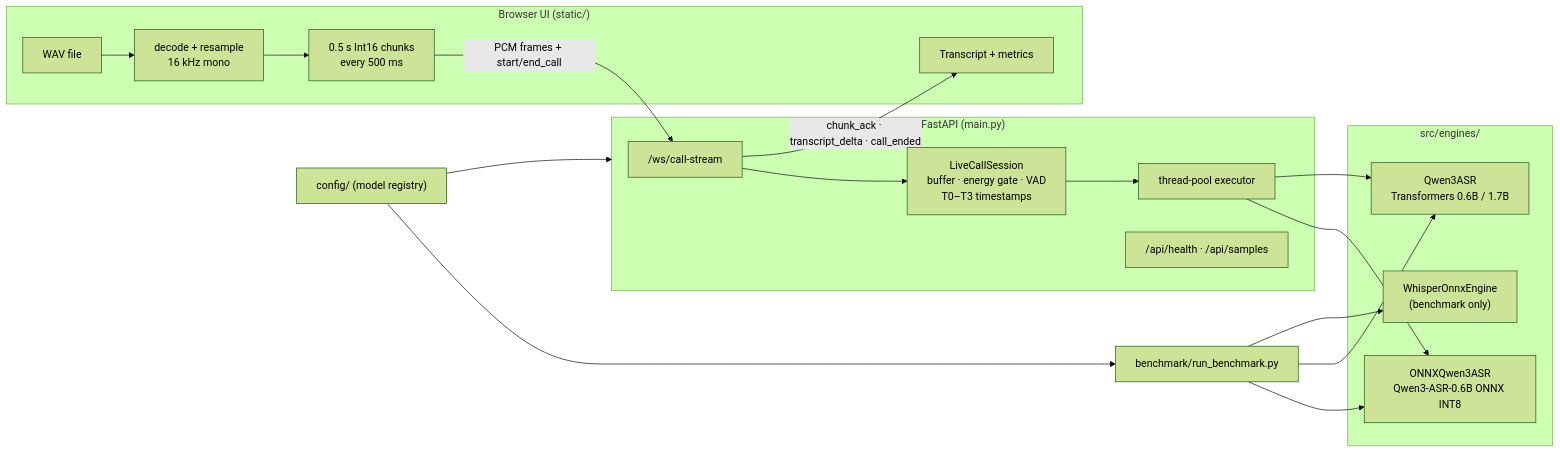
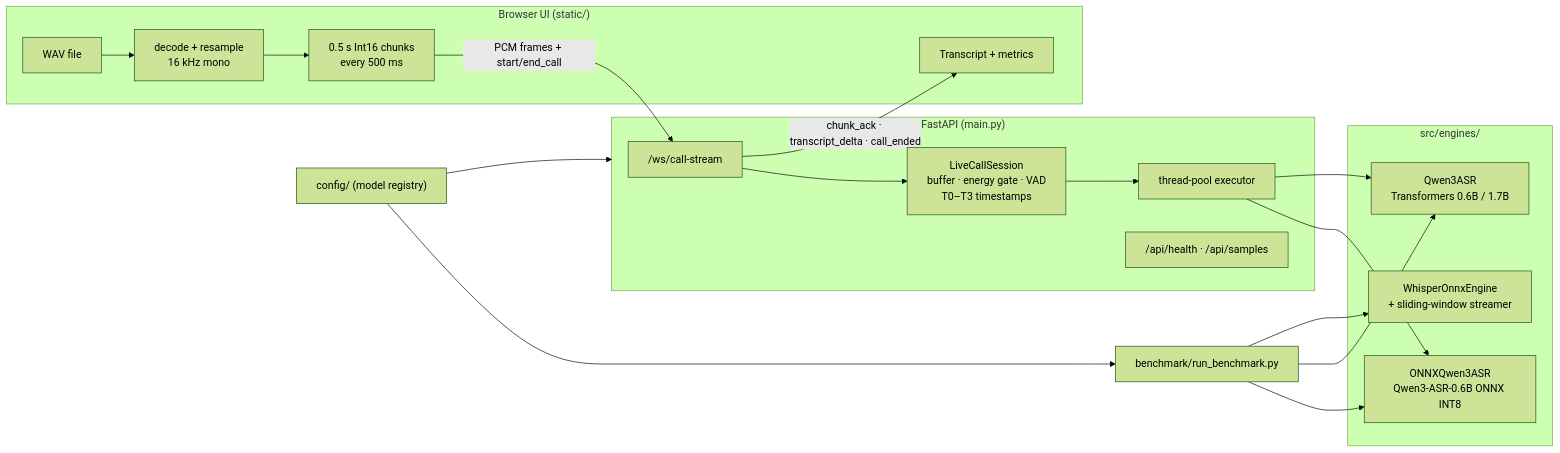
The first of 2 diagrams in README.md (naseemap47/RT-MASR-CPU), drawn with Mermaid (forest theme) before and after one commit. The commit also changed other lines of this file and 15 other files, not shown here.

Commit message:
feat: integrated whiper streaming with sliding window to UI

````diff
--- a/README.md
+++ b/README.md
@@ -21,35 +21,35 @@
 ```mermaid
 flowchart LR
     subgraph Browser["Browser UI (static/)"]
         A["WAV file"] --> B["decode + resample<br/>16 kHz mono"]
         B --> C["0.5 s Int16 chunks<br/>every 500 ms"]
         T["Transcript + metrics"]
     end
 
     subgraph Server["FastAPI (main.py)"]
         W["/ws/call-stream"]
         S["LiveCallSession<br/>buffer · energy gate · VAD<br/>T0–T3 timestamps"]
         X["thread-pool executor"]
         H["/api/health · /api/samples"]
     end
 
     subgraph Engines["src/engines/"]
         E1["ONNXQwen3ASR<br/>Qwen3-ASR-0.6B ONNX INT8"]
         E2["Qwen3ASR<br/>Transformers 0.6B / 1.7B"]
-        E3["WhisperOnnxEngine<br/>(benchmark only)"]
+        E3["WhisperOnnxEngine<br/>+ sliding-window streamer"]
     end
 
     BM["benchmark/run_benchmark.py"]
     CFG["config/ (model registry)"]
 
     C -- "PCM frames + start/end_call" --> W
     W --> S --> X
     X --> E1
     X --> E2
     W -- "chunk_ack · transcript_delta · call_ended" --> T
     CFG --> Server
     CFG --> BM
     BM --> E1
     BM --> E2
     BM --> E3
 ```
````
